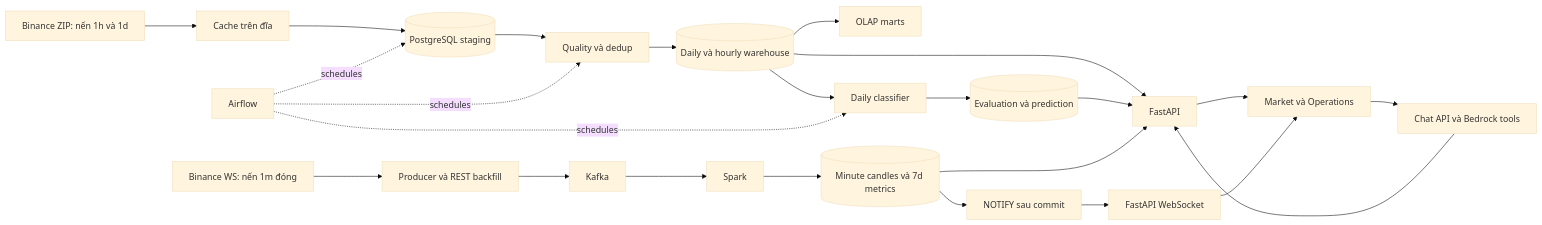
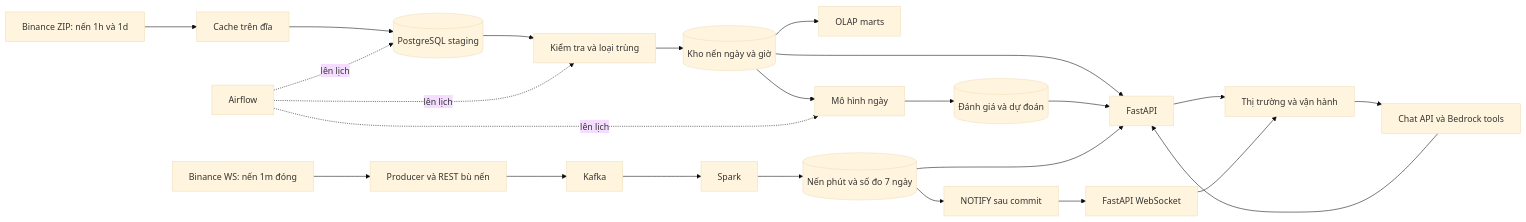
One commit to caoTayTang/CoinSight changed the diagram in docs/data_flow.md. Above: the diagram before and after it, drawn with Mermaid (base theme). The commit also changed other lines of this file and 18 other files, not shown here.

Commit message:
Consolidate Vietnamese system docs and add diagram zoom and fullscreen

````diff
--- a/docs/data_flow.md
+++ b/docs/data_flow.md
@@ -37,26 +8,26 @@
 ```mermaid
 flowchart LR
   ZIP[Binance ZIP: nến 1h và 1d] --> CACHE[Cache trên đĩa]
   CACHE --> STG[(PostgreSQL staging)]
-  STG --> DQ[Quality và dedup]
-  DQ --> DW[(Daily và hourly warehouse)]
+  STG --> DQ[Kiểm tra và loại trùng]
+  DQ --> DW[(Kho nến ngày và giờ)]
   DW --> MART[OLAP marts]
-  DW --> MODEL[Daily classifier]
-  MODEL --> RESULT[(Evaluation và prediction)]
+  DW --> MODEL[Mô hình ngày]
+  MODEL --> RESULT[(Đánh giá và dự đoán)]
   DW --> API[FastAPI]
   RESULT --> API
-  WS[Binance WS: nến 1m đóng] --> PRODUCER[Producer và REST backfill]
+  WS[Binance WS: nến 1m đóng] --> PRODUCER[Producer và REST bù nến]
   PRODUCER --> KAFKA[Kafka]
   KAFKA --> SPARK[Spark]
-  SPARK --> LIVE[(Minute candles và 7d metrics)]
+  SPARK --> LIVE[(Nến phút và số đo 7 ngày)]
   LIVE --> API
   LIVE --> NOTIFY[NOTIFY sau commit]
   NOTIFY --> PUSH[FastAPI WebSocket]
-  API --> UI[Market và Operations]
+  API --> UI[Thị trường và vận hành]
   PUSH --> UI
   UI --> CHAT[Chat API và Bedrock tools]
   CHAT --> API
-  AF[Airflow] -. schedules .-> STG
-  AF -. schedules .-> DQ
-  AF -. schedules .-> MODEL
+  AF[Airflow] -. lên lịch .-> STG
+  AF -. lên lịch .-> DQ
+  AF -. lên lịch .-> MODEL
 ```
````
